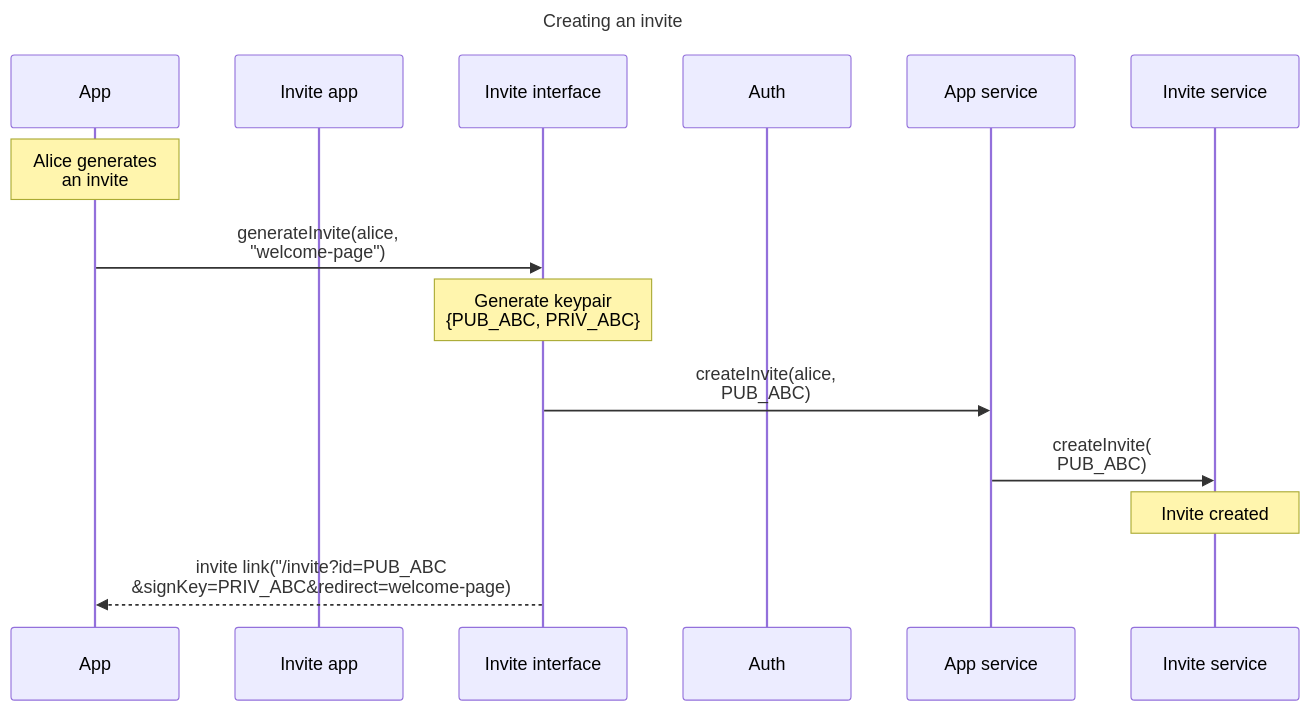
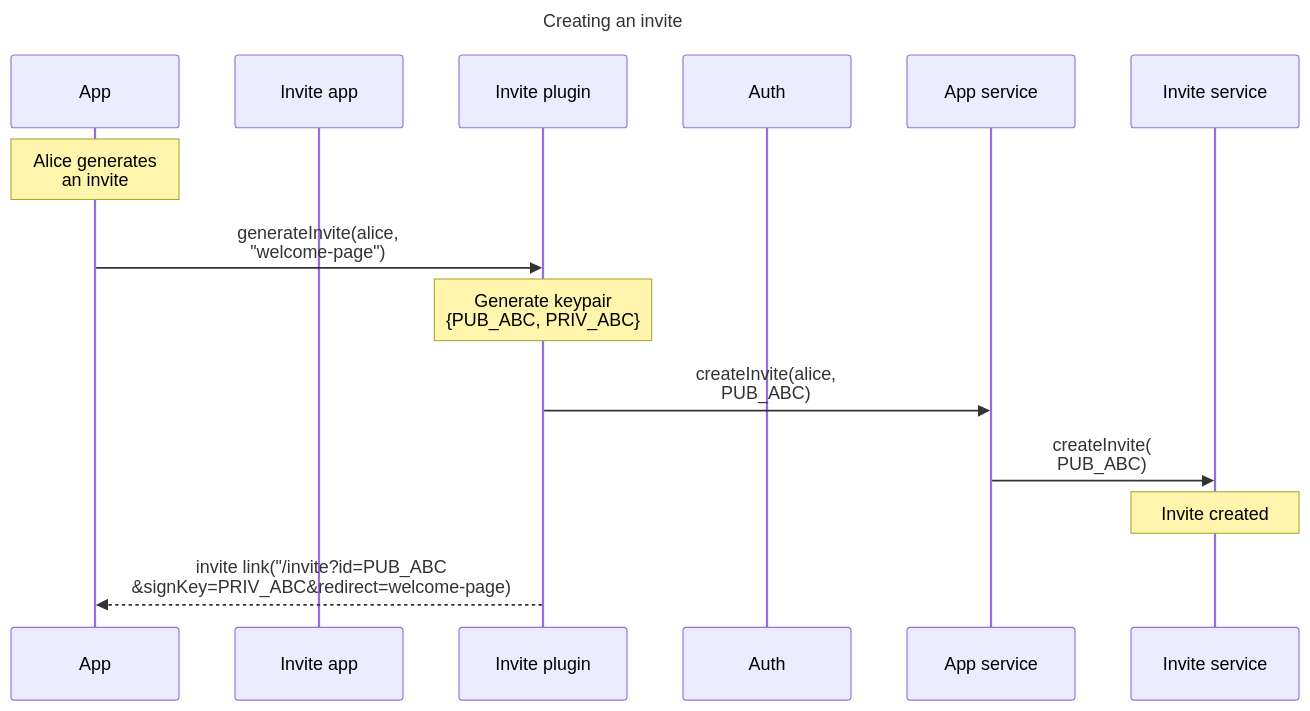
Before and after one commit to gofractally/psibase: the first of 2 diagrams in doc/psidk/src/specifications/concepts/user-onboarding.md, drawn with Mermaid. The commit also changed other lines of this file and 24 other files, not shown here.

Commit message:
language cleanup. 'applet'-->'app' or 'UI' or 'plugin' depending on context, and 'app interface'-->'plugin'

````diff
--- a/doc/psidk/src/specifications/concepts/user-onboarding.md
+++ b/doc/psidk/src/specifications/concepts/user-onboarding.md
@@ -49,18 +49,18 @@
 ```mermaid
 sequenceDiagram
     title Creating an invite
     participant App
     participant Invite app
-    participant Invite interface
+    participant Invite plugin
     participant Auth
     participant App service
     participant Invite service
 
     note over App: Alice generates<br>an invite
-    App->>Invite interface: generateInvite(alice,<br>"welcome-page")
-    note over Invite interface: Generate keypair<br>{PUB_ABC, PRIV_ABC}
-    Invite interface->>App service: createInvite(alice, <br>PUB_ABC)
+    App->>Invite plugin: generateInvite(alice,<br>"welcome-page")
+    note over Invite plugin: Generate keypair<br>{PUB_ABC, PRIV_ABC}
+    Invite plugin->>App service: createInvite(alice, <br>PUB_ABC)
     App service->>Invite service: createInvite(<br>PUB_ABC)
     note over Invite service: Invite created
-    Invite interface-->>App: invite link("/invite?id=PUB_ABC<br>&signKey=PRIV_ABC&redirect=welcome-page)
+    Invite plugin-->>App: invite link("/invite?id=PUB_ABC<br>&signKey=PRIV_ABC&redirect=welcome-page)
 ```
````
